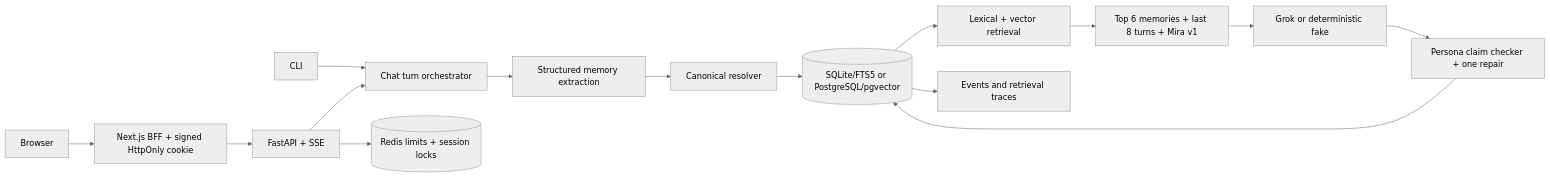
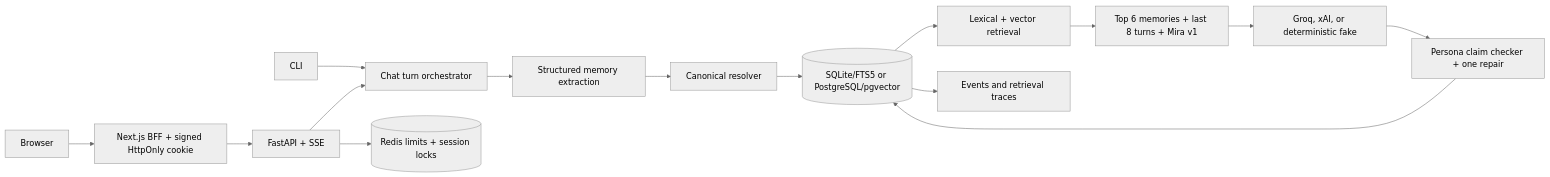
Before and after one commit to praveen202105/companion-ai-core-loop: the diagram in README.md, drawn with Mermaid (neutral theme). The commit also changed other lines of this file and 12 other files, not shown here.

````diff
--- a/README.md
+++ b/README.md
@@ -33,17 +33,17 @@
 ```mermaid
 flowchart LR
     Browser --> BFF[Next.js BFF + signed HttpOnly cookie]
     CLI[CLI] --> Turn[Chat turn orchestrator]
     BFF --> API[FastAPI + SSE]
     API --> Turn
     Turn --> Extract[Structured memory extraction]
     Extract --> Resolve[Canonical resolver]
     Resolve --> Store[(SQLite/FTS5 or PostgreSQL/pgvector)]
     Store --> Retrieve[Lexical + vector retrieval]
     Retrieve --> Prompt[Top 6 memories + last 8 turns + Mira v1]
-    Prompt --> Grok[Grok or deterministic fake]
-    Grok --> Guard[Persona claim checker + one repair]
+    Prompt --> LLM[Groq, xAI, or deterministic fake]
+    LLM --> Guard[Persona claim checker + one repair]
     Guard --> Store
     Store --> Trace[Events and retrieval traces]
     API --> Redis[(Redis limits + session locks)]
 ```
````
